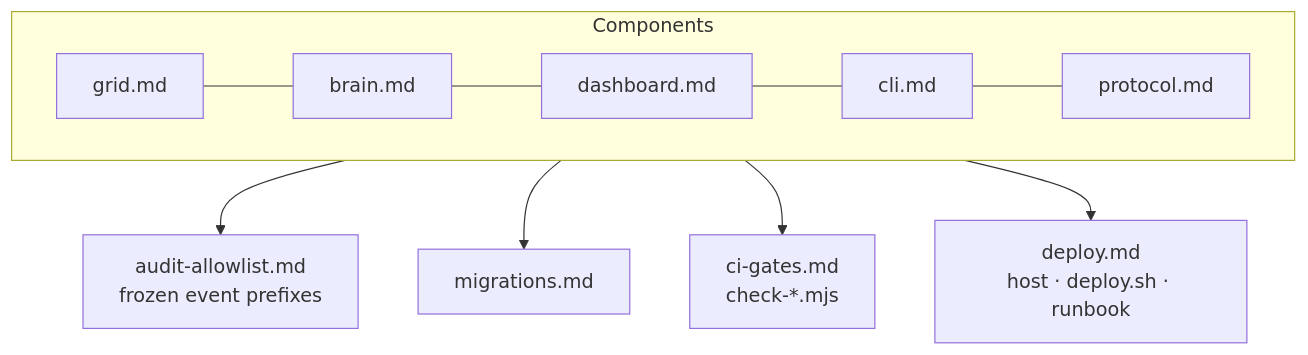
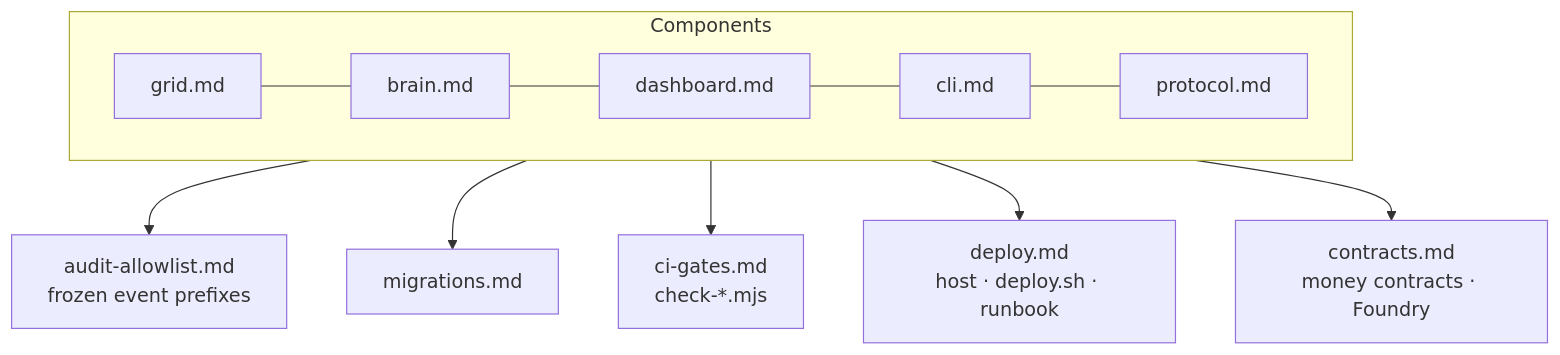
One commit to ASKKPOP/Noesis changed the diagram in wiki/3-implementation/index.md. Above: the diagram before and after it, drawn with Mermaid. The commit also changed other lines of this file and 5 other files, not shown here.

First line of the commit message:
feat(contracts): Sepolia deploy script + wiki money-contracts page

````diff
--- a/wiki/3-implementation/index.md
+++ b/wiki/3-implementation/index.md
@@ -15,10 +15,11 @@
 ```mermaid
 flowchart TD
   subgraph Components
     G[grid.md] --- B[brain.md] --- D[dashboard.md] --- C[cli.md] --- P[protocol.md]
   end
   Components --> AA[audit-allowlist.md<br/>frozen event prefixes]
   Components --> MG[migrations.md]
   Components --> CI[ci-gates.md<br/>check-*.mjs]
   Components --> DP[deploy.md<br/>host · deploy.sh · runbook]
+  Components --> CT[contracts.md<br/>money contracts · Foundry]
 ```
````
